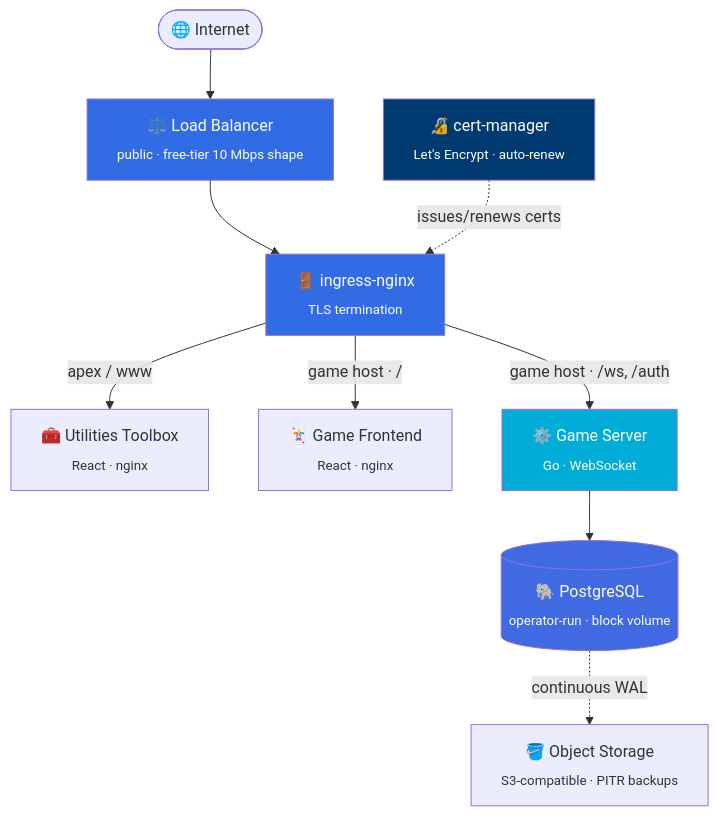
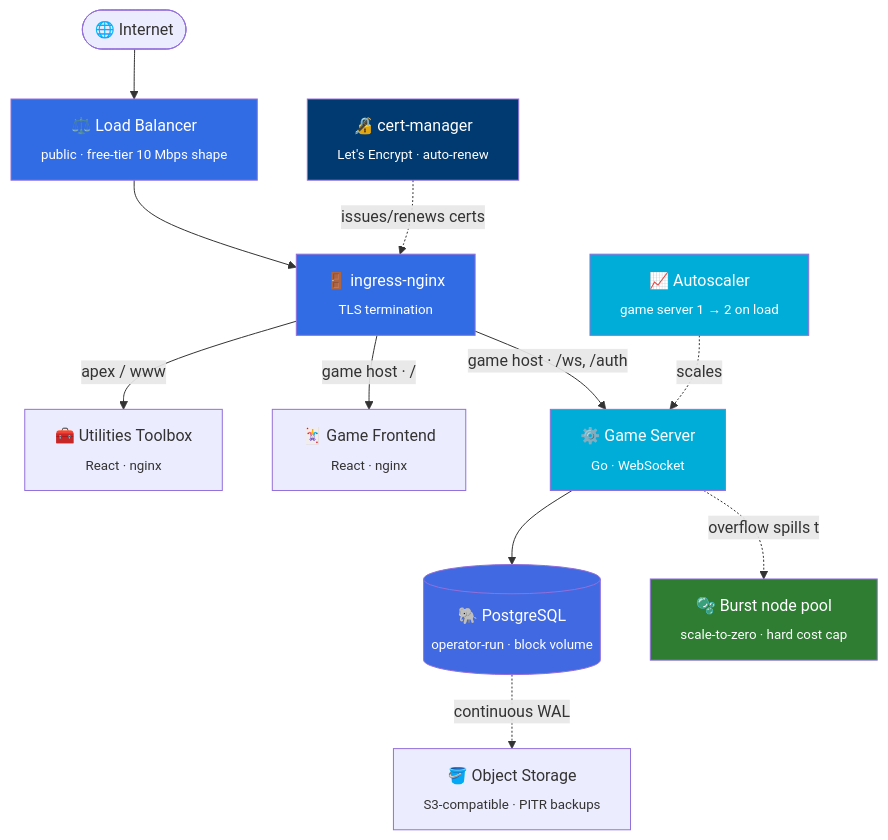
The diagram in README.md (andrewwongucsd/playground), drawn with Mermaid before and after one commit. The commit also changed other lines of this file and 4 other files, not shown here.

````diff
--- a/README.md
+++ b/README.md
@@ -42,23 +54,28 @@
 ```mermaid
 flowchart TD
     U([🌐 Internet])
     LB["⚖️ Load Balancer<br/><sub>public · free-tier 10 Mbps shape</sub>"]
     IN["🚪 ingress-nginx<br/><sub>TLS termination</sub>"]
     CM["🔏 cert-manager<br/><sub>Let's Encrypt · auto-renew</sub>"]
 
     U --> LB --> IN
     CM -.issues/renews certs.-> IN
 
     IN -->|apex / www| TOOLS["🧰 Utilities Toolbox<br/><sub>React · nginx</sub>"]
     IN -->|game host · /| GWEB["🃏 Game Frontend<br/><sub>React · nginx</sub>"]
     IN -->|game host · /ws, /auth| GSRV["⚙️ Game Server<br/><sub>Go · WebSocket</sub>"]
 
     GSRV --> DB[("🐘 PostgreSQL<br/><sub>operator-run · block volume</sub>")]
     DB -.continuous WAL.-> OS["🪣 Object Storage<br/><sub>S3-compatible · PITR backups</sub>"]
 
+    HPA["📈 Autoscaler<br/><sub>game server 1 → 2 on load</sub>"] -.scales.-> GSRV
+    GSRV -.overflow spills to.-> BURST["🫧 Burst node pool<br/><sub>scale-to-zero · hard cost cap</sub>"]
+
     style LB fill:#326CE5,color:#fff
     style IN fill:#326CE5,color:#fff
     style CM fill:#003A70,color:#fff
     style DB fill:#4169E1,color:#fff
     style GSRV fill:#00ADD8,color:#fff
+    style HPA fill:#00ADD8,color:#fff
+    style BURST fill:#2E7D32,color:#fff
 ```
````
